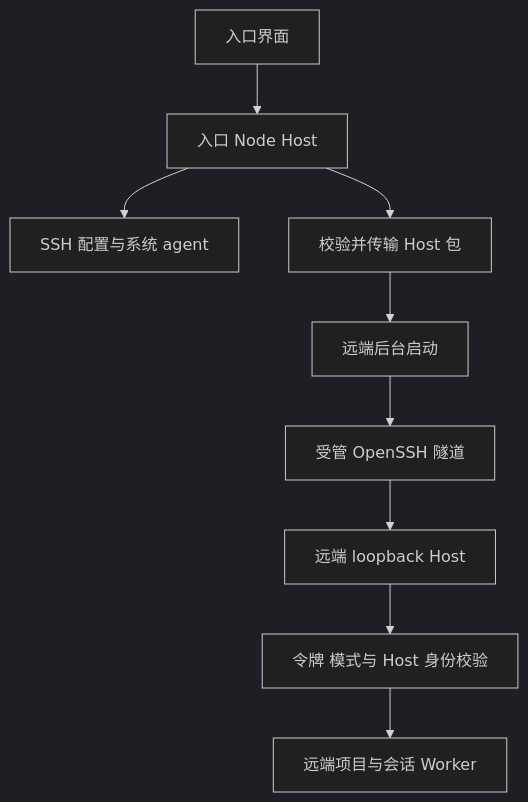
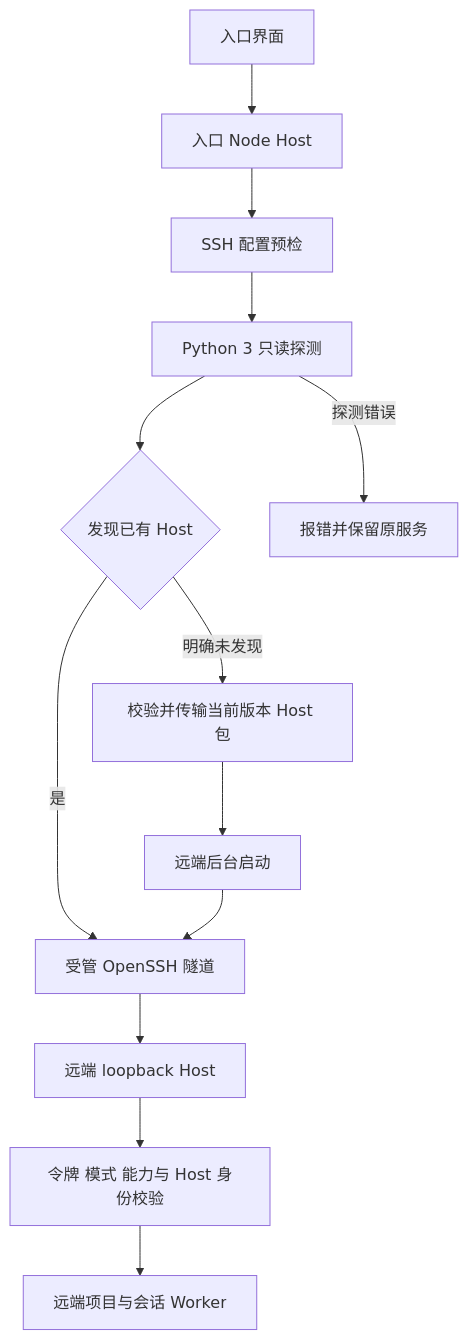
Before and after one commit to xidongdong-153/Pi-meme: the first of 2 diagrams in docs/remote.md, drawn with Mermaid. The commit also changed other lines of this file and 11 other files, not shown here.

Commit message:
feat(remote): 优先复用 SSH 环境中已有 Host

````diff
--- a/docs/remote.md
+++ b/docs/remote.md
@@ -115,12 +126,15 @@
 ```mermaid
-%%{init: {"theme": "dark"}}%%
 flowchart TD
   UI[入口界面] --> Entry[入口 Node Host]
-  Entry --> Config[SSH 配置与系统 agent]
-  Entry --> Prepare[校验并传输 Host 包]
+  Entry --> Config[SSH 配置预检]
+  Config --> Probe[Python 3 只读探测]
+  Probe --> Found{发现已有 Host}
+  Found -->|是| Tunnel[受管 OpenSSH 隧道]
+  Found -->|明确未发现| Prepare[校验并传输当前版本 Host 包]
   Prepare --> Bootstrap[远端后台启动]
-  Bootstrap --> Tunnel[受管 OpenSSH 隧道]
+  Bootstrap --> Tunnel
+  Probe -->|探测错误| Error[报错并保留原服务]
   Tunnel --> Remote[远端 loopback Host]
-  Remote --> Auth[令牌 模式与 Host 身份校验]
+  Remote --> Auth[令牌 模式 能力与 Host 身份校验]
   Auth --> Session[远端项目与会话 Worker]
 ```
````
